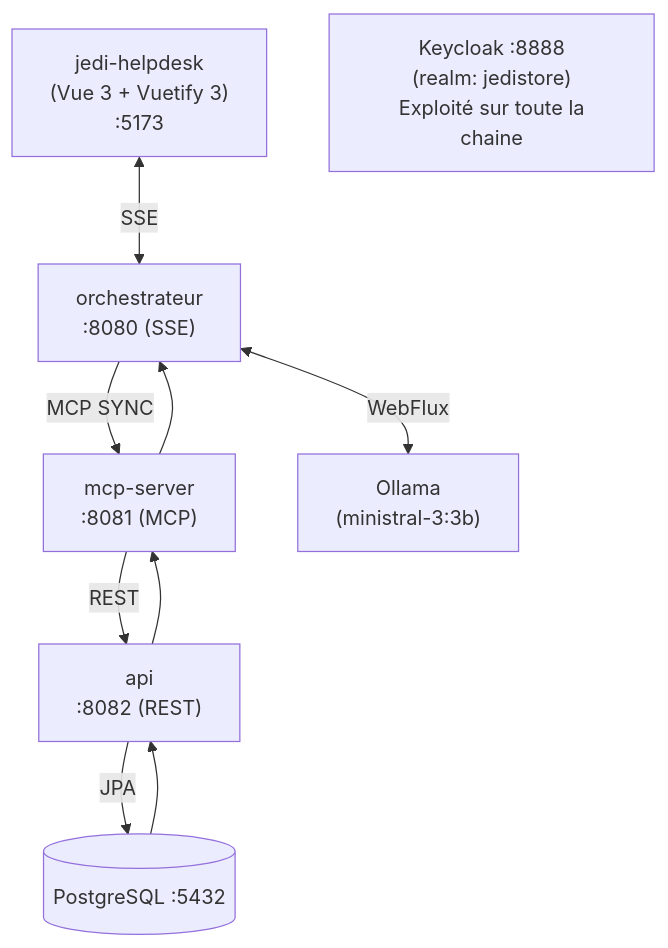
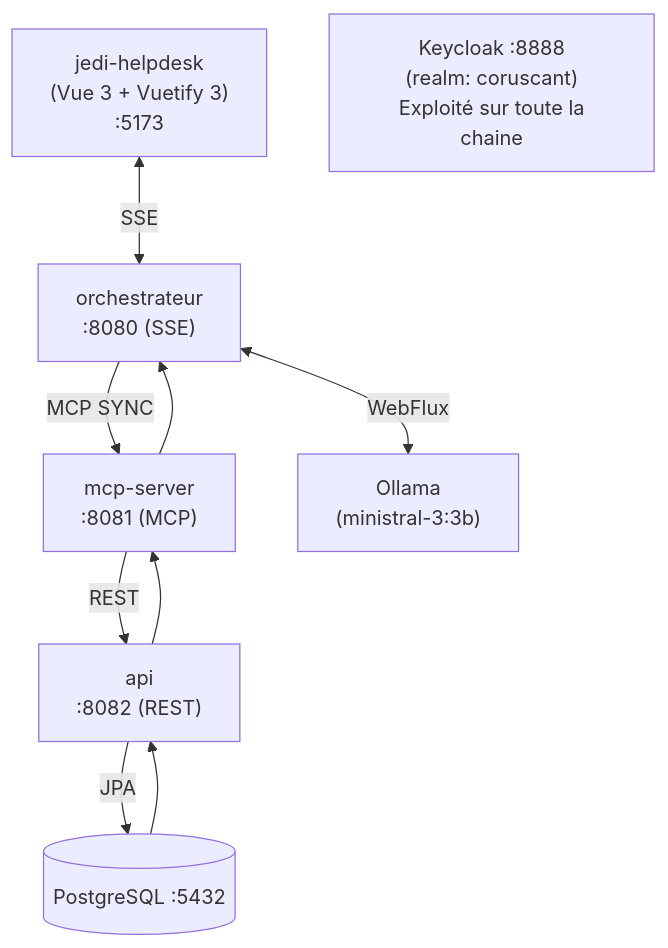
One commit to YohannCaby/jedi-store changed the first of 2 diagrams in README.md. Above: the diagram before and after it, drawn with Mermaid. The commit also changed other lines of this file and 3 other files, not shown here.

````diff
--- a/README.md
+++ b/README.md
@@ -87,18 +87,18 @@
 ```mermaid
 graph TD
     Client["jedi-helpdesk\n(Vue 3 + Vuetify 3)\n:5173"]
     API["api\n:8082 (REST)"]
     Orchestrateur["orchestrateur\n:8080 (SSE)"]
     MCP["mcp-server\n:8081 (MCP)"]
     Ollama["Ollama\n(ministral-3:3b)"]
-    Keycloak["Keycloak :8888\n(realm: jedistore)\n Exploité sur toute la chaine"]
+    Keycloak["Keycloak :8888\n(realm: coruscant)\n Exploité sur toute la chaine"]
     PostgreSQL[(PostgreSQL :5432)]
 
     Client <-->|SSE| Orchestrateur
 
     Orchestrateur -->|MCP SYNC| MCP --> Orchestrateur
     Orchestrateur <--> |WebFlux| Ollama
     MCP -->|REST| API --> MCP
     API -->|JPA| PostgreSQL --> API
 
 ```
````
